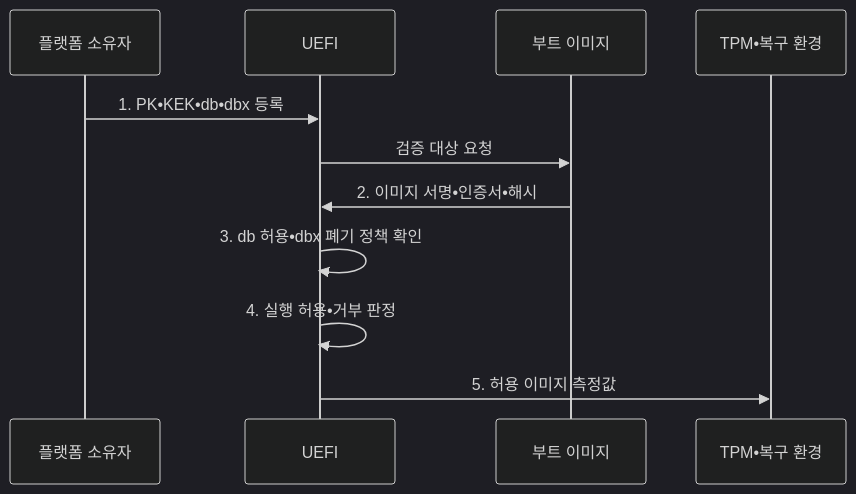
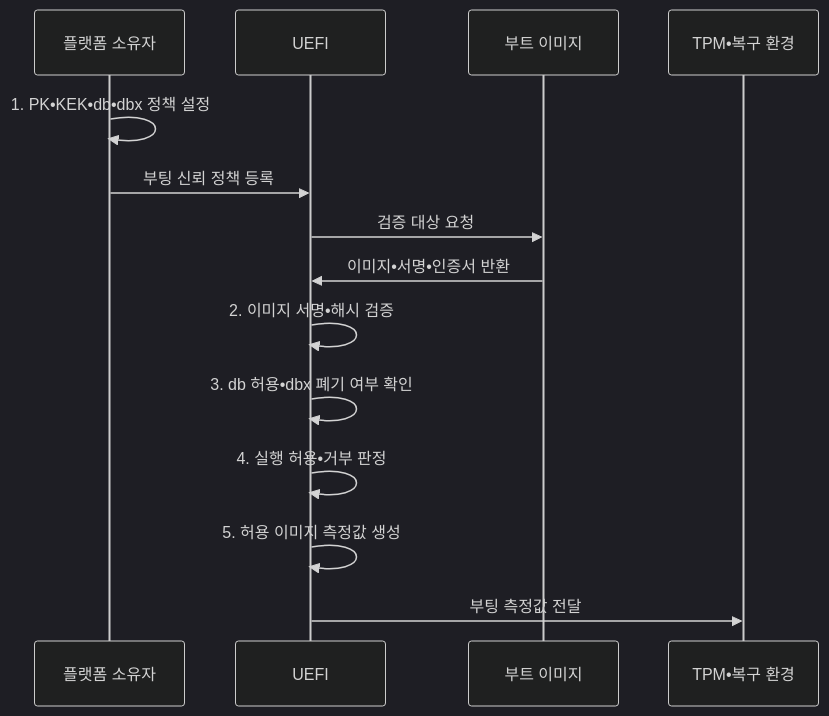
The second of 2 diagrams in src/content/docs/notes/05-security/127_secure_boot.md (agnusdei1207/knowledge-base), drawn with Mermaid (dark theme) before and after one commit. The commit also changed other lines of this file and 19 other files, not shown here.

````diff
--- a/src/content/docs/notes/05-security/127_secure_boot.md
+++ b/src/content/docs/notes/05-security/127_secure_boot.md
@@ -101,13 +101,16 @@
 ```mermaid
 sequenceDiagram
   participant O as 플랫폼 소유자
   participant U as UEFI
   participant I as 부트 이미지
   participant T as TPM•복구 환경
-  O->>U: 1. PK•KEK•db•dbx 등록
+  O->>O: 1. PK•KEK•db•dbx 정책 설정
+  O->>U: 부팅 신뢰 정책 등록
   U->>I: 검증 대상 요청
-  I->>U: 2. 이미지 서명•인증서•해시
-  U->>U: 3. db 허용•dbx 폐기 정책 확인
+  I->>U: 이미지•서명•인증서 반환
+  U->>U: 2. 이미지 서명•해시 검증
+  U->>U: 3. db 허용•dbx 폐기 여부 확인
   U->>U: 4. 실행 허용•거부 판정
-  U->>T: 5. 허용 이미지 측정값
+  U->>U: 5. 허용 이미지 측정값 생성
+  U->>T: 부팅 측정값 전달
 ```
````
